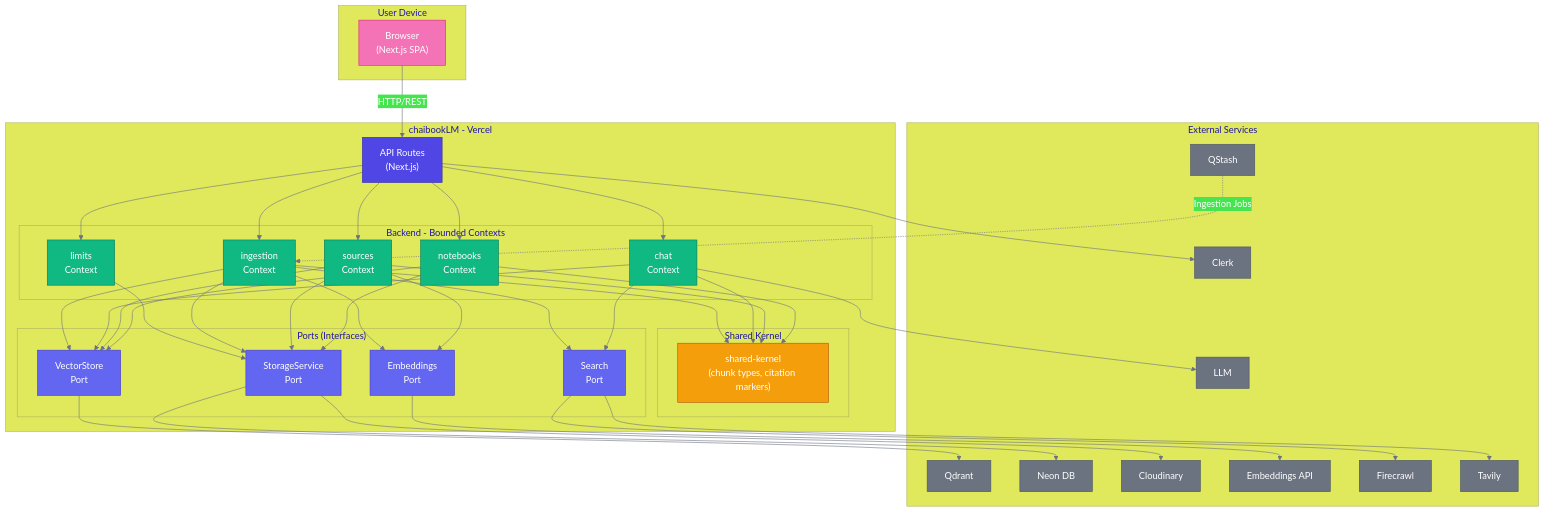
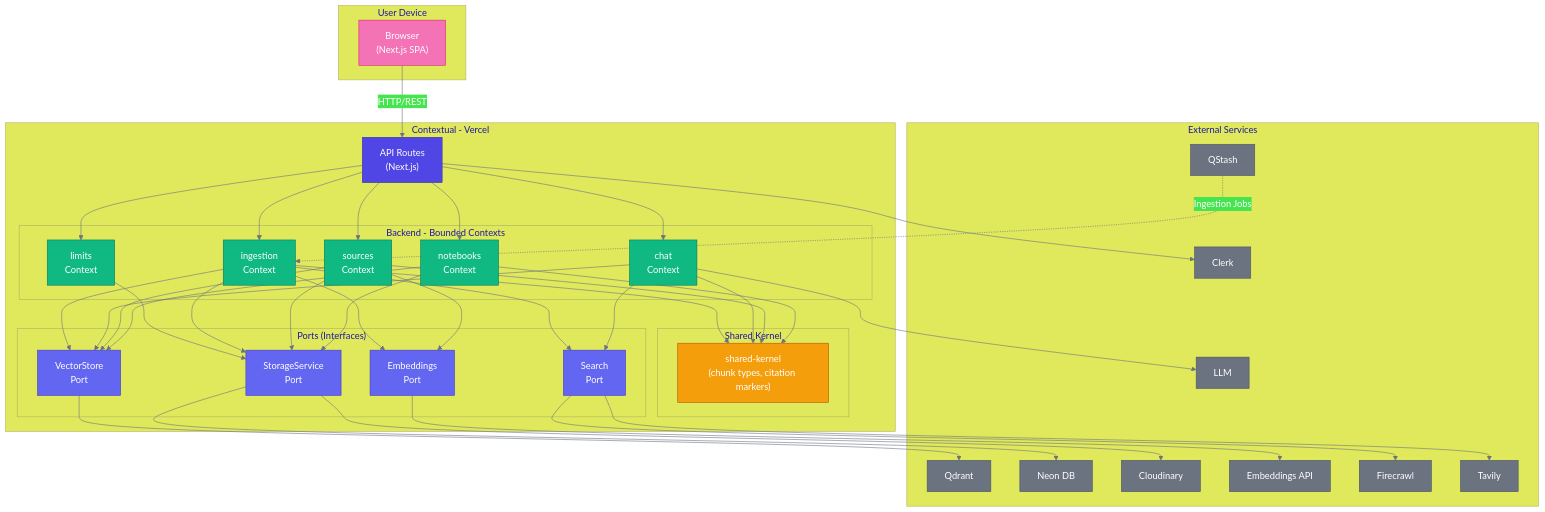
The diagram in docs/c4/containers.mmd (Glitch-guy0/chaibookLM), drawn with Mermaid before and after one commit. The commit also changed 26 other files, not shown here.

```diff
--- a/docs/c4/containers.mmd
+++ b/docs/c4/containers.mmd
@@ -1,92 +1,92 @@
 %%{init: {'theme': 'base', 'themeVariables': { 'primaryColor': '#4f46e5', 'primaryTextColor': '#fff', 'primaryBorderColor': '#3730a3', 'lineColor': '#6b7280'}}}%%
 graph TD
     subgraph "User Device"
         Browser["Browser\n(Next.js SPA)"]:::client
     end
 
-    subgraph "chaibookLM - Vercel"
+    subgraph "Contextual - Vercel"
         API["API Routes\n(Next.js)"]:::controller
         
         subgraph "Backend - Bounded Contexts"
             NotebooksCtx["notebooks\nContext"]:::domain
             SourcesCtx["sources\nContext"]:::domain
             ChatCtx["chat\nContext"]:::domain
             IngestionCtx["ingestion\nContext"]:::domain
             LimitsCtx["limits\nContext"]:::domain
         end
         
         subgraph "Shared Kernel"
             SharedKernel["shared-kernel\n(chunk types, citation markers)"]:::kernel
         end
         
         subgraph "Ports (Interfaces)"
             VectorStorePort["VectorStore\nPort"]:::port
             StoragePort["StorageService\nPort"]:::port
             EmbeddingsPort["Embeddings\nPort"]:::port
             SearchPort["Search\nPort"]:::port
         end
     end
 
     subgraph "External Services"
         Qdrant["Qdrant"]:::external
         Neon["Neon DB"]:::external
         Cloudinary["Cloudinary"]:::external
         Clerk["Clerk"]:::external
         LLM["LLM"]:::external
         Embeddings["Embeddings API"]:::external
         Firecrawl["Firecrawl"]:::external
         Tavily["Tavily"]:::external
         QStash["QStash"]:::external
     end
 
     %% User interactions
     Browser -->|HTTP/REST| API
     
     %% API routes to contexts
     API --> NotebooksCtx
     API --> SourcesCtx
     API --> ChatCtx
     API --> IngestionCtx
     API --> LimitsCtx
     
     %% Contexts to ports
     NotebooksCtx --> VectorStorePort
     NotebooksCtx --> StoragePort
     SourcesCtx --> VectorStorePort
     SourcesCtx --> StoragePort
     SourcesCtx --> EmbeddingsPort
     ChatCtx --> VectorStorePort
     ChatCtx --> LLM
     ChatCtx --> SearchPort
     IngestionCtx --> VectorStorePort
     IngestionCtx --> StoragePort
     IngestionCtx --> EmbeddingsPort
     IngestionCtx --> SearchPort
     LimitsCtx --> StoragePort
     
     %% Shared kernel usage
     NotebooksCtx --> SharedKernel
     SourcesCtx --> SharedKernel
     ChatCtx --> SharedKernel
     IngestionCtx --> SharedKernel
     
     %% Ports to external services
     VectorStorePort --> Qdrant
     StoragePort --> Neon
     StoragePort --> Cloudinary
     EmbeddingsPort --> Embeddings
     SearchPort --> Firecrawl
     SearchPort --> Tavily
     
     %% Auth
     API --> Clerk
     
     %% Async
     QStash -.->|Ingestion Jobs| IngestionCtx
 
     classDef client fill:#f472b6,stroke:#db2777,color:#fff
     classDef controller fill:#4f46e5,stroke:#3730a3,color:#fff
     classDef domain fill:#10b981,stroke:#047857,color:#fff
     classDef kernel fill:#f59e0b,stroke:#b45309,color:#fff
     classDef port fill:#6366f1,stroke:#4338ca,color:#fff
     classDef external fill:#6b7280,stroke:#4b5563,color:#fff
```
